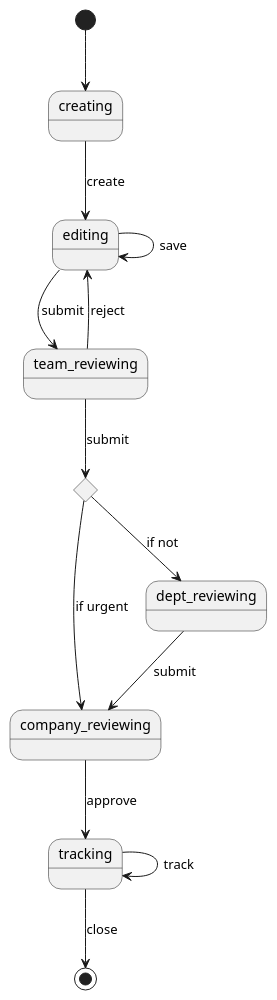
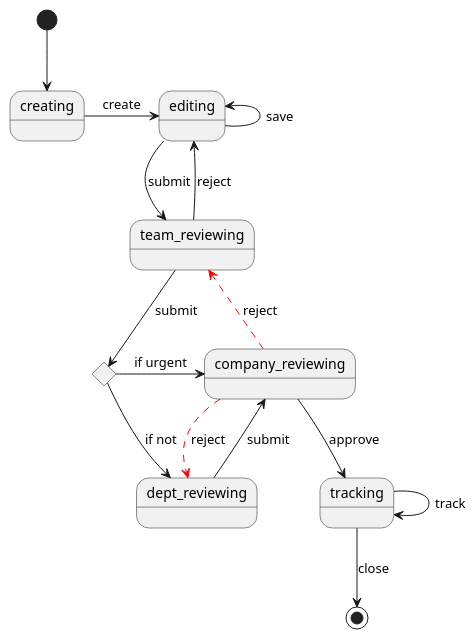
Before and after one commit to caochun/manteau: the diagram in manteau-flow/docs/flow3.puml, drawn with PlantUML. The commit also changed 2 other files, not shown here.

```diff
--- a/manteau-flow/docs/flow3.puml
+++ b/manteau-flow/docs/flow3.puml
@@ -1,30 +1,31 @@
 @startuml
 
 
 [*] --> creating
 
 state urgentChoice <<choice>>
 
-creating --> editing : create
+creating -right-> editing : create
 
-editing --> editing : save
+editing -left-> editing : save
 
-editing -->  team_reviewing : submit
+editing -down->  team_reviewing : submit
+team_reviewing -up-> editing : reject
 
-team_reviewing --> urgentChoice : submit
+team_reviewing -right-> urgentChoice : submit
 
-urgentChoice --> company_reviewing : if urgent
-urgentChoice --> dept_reviewing : if not
-
+urgentChoice -right-> company_reviewing : if urgent
+urgentChoice -down-> dept_reviewing : if not
 
 dept_reviewing --> company_reviewing : submit
 
 company_reviewing --> tracking : approve
 
-team_reviewing --> editing : reject
 
+company_reviewing -[#red,dashed]-> dept_reviewing : reject
+company_reviewing -[#red,dashed]-> team_reviewing : reject
 
 tracking -down-> tracking : track
 tracking --> [*] : close
 
 @enduml
```
